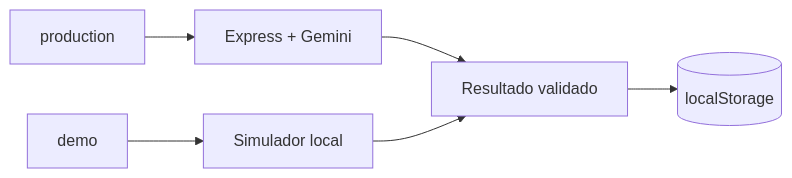
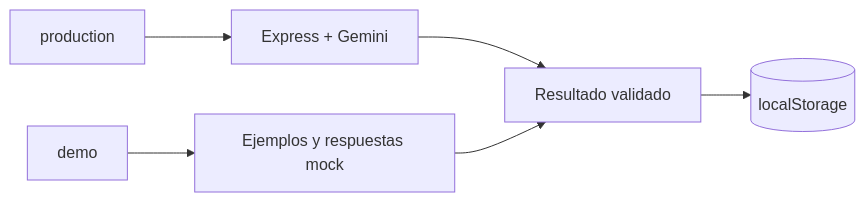
One commit to Alfonso-13/AI-Text-Analyzer changed the second of 2 diagrams in DEV.md. Above: the diagram before and after it, drawn with Mermaid. The commit also changed other lines of this file and 12 other files, not shown here.

Commit message:
fix: use example-specific mocks in live demo

````diff
--- a/DEV.md
+++ b/DEV.md
@@ -18,8 +18,8 @@
 ```mermaid
 flowchart LR
   Production[production] --> API[Express + Gemini]
-  Demo[demo] --> Simulator[Simulador local]
+  Demo[demo] --> Mocks[Ejemplos y respuestas mock]
   API --> Result[Resultado validado]
-  Simulator --> Result
+  Mocks --> Result
   Result --> Storage[(localStorage)]
 ```
````
